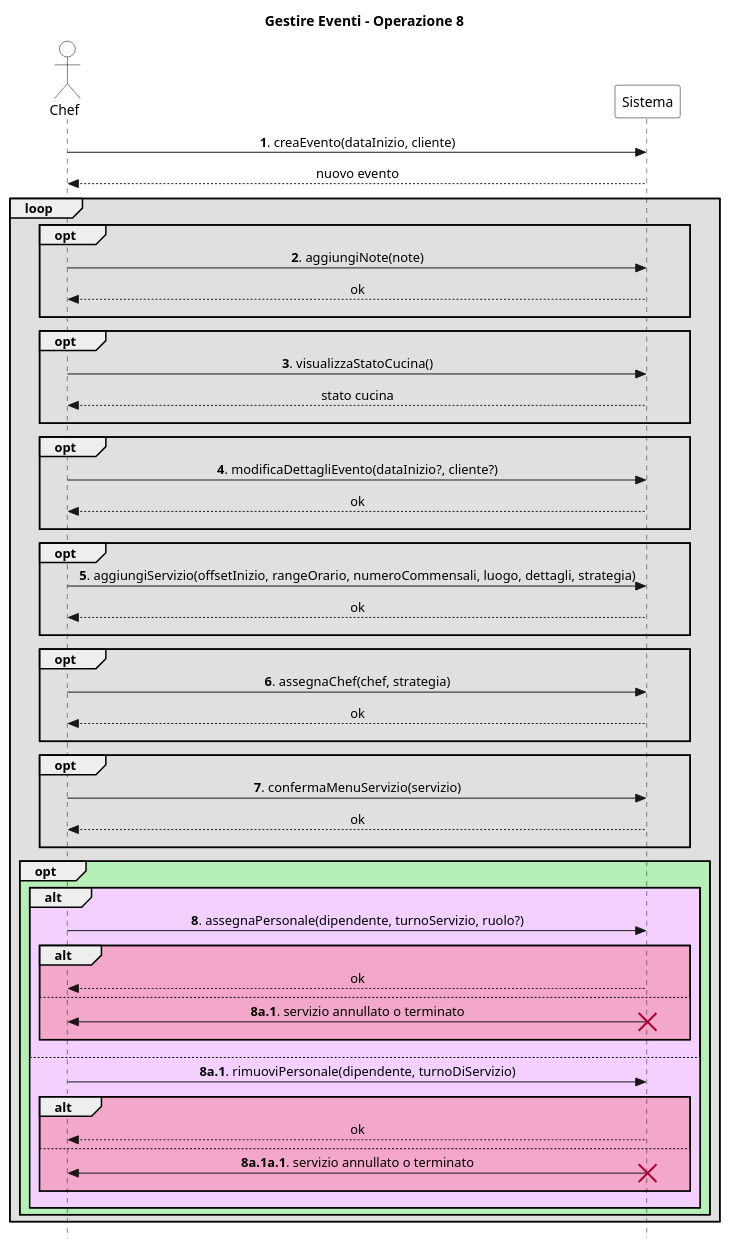
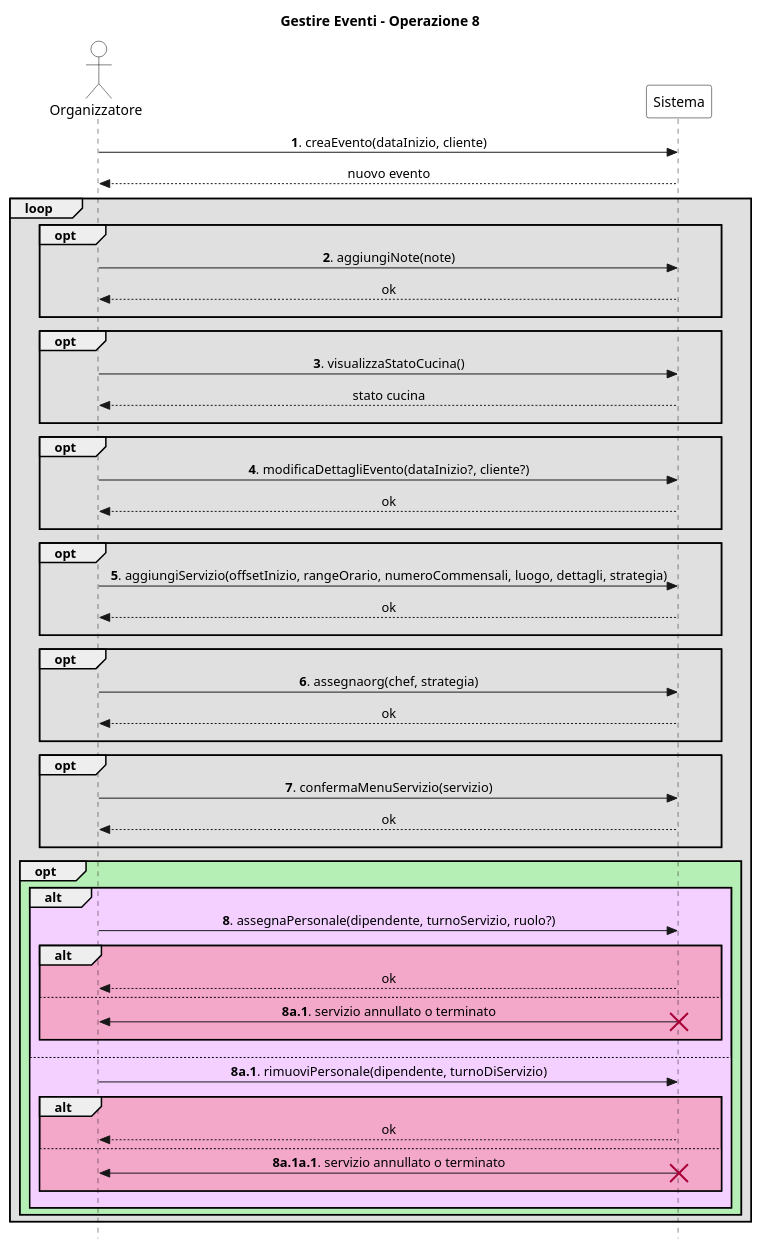
Before and after one commit to stefa168/sas-project: the diagram in UP/Requisiti/UC Gestire Eventi/SSD/Estensioni-Eccezioni Op8.puml, drawn with PlantUML. The commit also changed 5 other files, not shown here.

```diff
--- a/UP/Requisiti/UC Gestire Eventi/SSD/Estensioni-Eccezioni Op8.puml
+++ b/UP/Requisiti/UC Gestire Eventi/SSD/Estensioni-Eccezioni Op8.puml
@@ -1,81 +1,81 @@
 @startuml
 skinparam Style strictuml
 skinparam SequenceMessageAlign center
 
 skinparam sequence {
     ActorBorderColor Black
     ActorBackgroundColor White
     ParticipantBorderColor Black
     ParticipantBackgroundColor White
 }
 
-actor Chef
+actor "Organizzatore" as org
 participant Sistema
 
 title Gestire Eventi - Operazione 8
 
-Chef -> Sistema: **1**. creaEvento(dataInizio, cliente)
+org -> Sistema: **1**. creaEvento(dataInizio, cliente)
 return nuovo evento
 
 loop #e0e0e0
     opt #e0e0e0
-        Chef -> Sistema: **2**. aggiungiNote(note)
+        org -> Sistema: **2**. aggiungiNote(note)
         return ok
         ||10||
     end
 
     opt #e0e0e0
-        Chef -> Sistema: **3**. visualizzaStatoCucina()
+        org -> Sistema: **3**. visualizzaStatoCucina()
         return stato cucina
         ||10||
     end
 
     opt #e0e0e0
-        Chef -> Sistema: **4**. modificaDettagliEvento(dataInizio?, cliente?)
+        org -> Sistema: **4**. modificaDettagliEvento(dataInizio?, cliente?)
         return ok
         ||10||
     end
 
     opt #e0e0e0
-        Chef -> Sistema: **5**. aggiungiServizio(offsetInizio, rangeOrario, numeroCommensali, luogo, dettagli, strategia)
+        org -> Sistema: **5**. aggiungiServizio(offsetInizio, rangeOrario, numeroCommensali, luogo, dettagli, strategia)
         return ok
         ||10||
     end
 
     opt #e0e0e0
-        Chef -> Sistema: **6**. assegnaChef(chef, strategia)
+        org -> Sistema: **6**. assegnaorg(chef, strategia)
         return ok
         ||10||
     end
 
     opt #e0e0e0
-        Chef -> Sistema: **7**. confermaMenuServizio(servizio)
+        org -> Sistema: **7**. confermaMenuServizio(servizio)
         return ok
         ||10||
     end
 
     opt #b6efb6
         alt #f3d0ff
-            Chef -> Sistema: **8**. assegnaPersonale(dipendente, turnoServizio, ruolo?)
+            org -> Sistema: **8**. assegnaPersonale(dipendente, turnoServizio, ruolo?)
             alt #f3a7c9
                 return ok
             else
-                Chef <- Sistema: **8a.1**. servizio annullato o terminato
+                org <- Sistema: **8a.1**. servizio annullato o terminato
                 destroy Sistema
                 ||10||
             end
             ||10||
         else
-            Chef -> Sistema: **8a.1**. rimuoviPersonale(dipendente, turnoDiServizio)
+            org -> Sistema: **8a.1**. rimuoviPersonale(dipendente, turnoDiServizio)
             alt #f3a7c9
                 return ok
             else
-                Chef <- Sistema: **8a.1a.1**. servizio annullato o terminato
+                org <- Sistema: **8a.1a.1**. servizio annullato o terminato
                 destroy Sistema
                 ||10||
             end
             ||10||
         end
     end
 end
 @enduml
```
